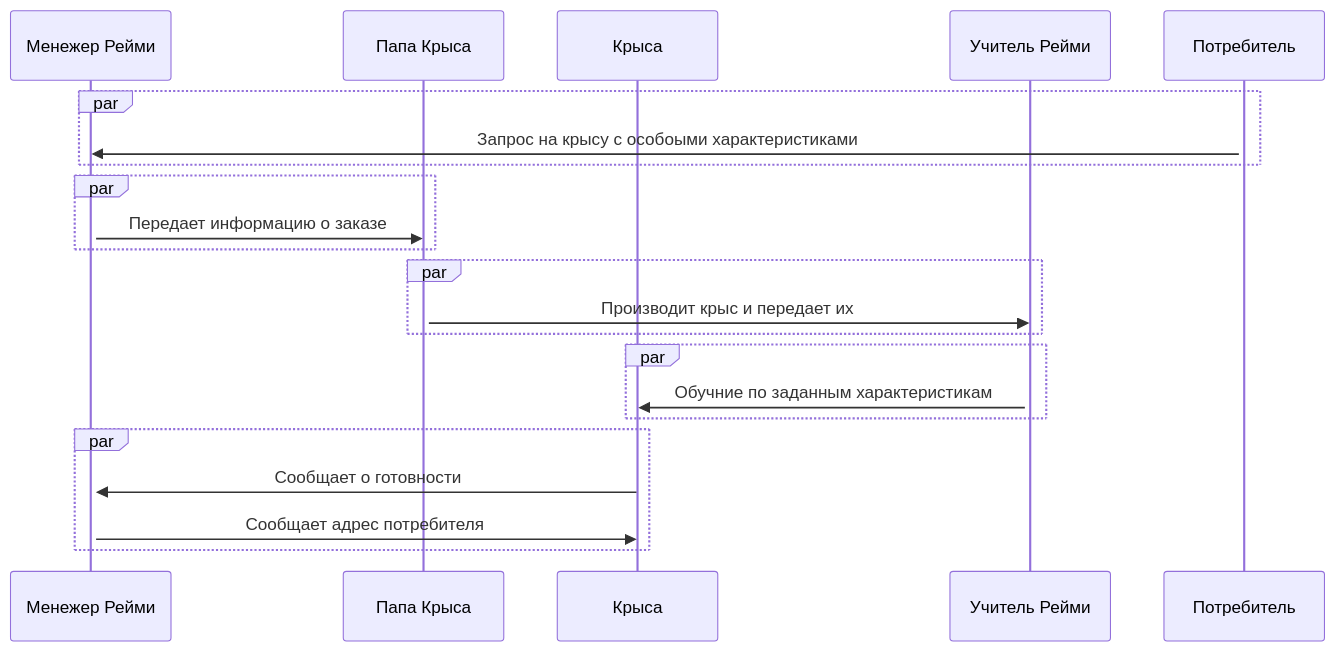
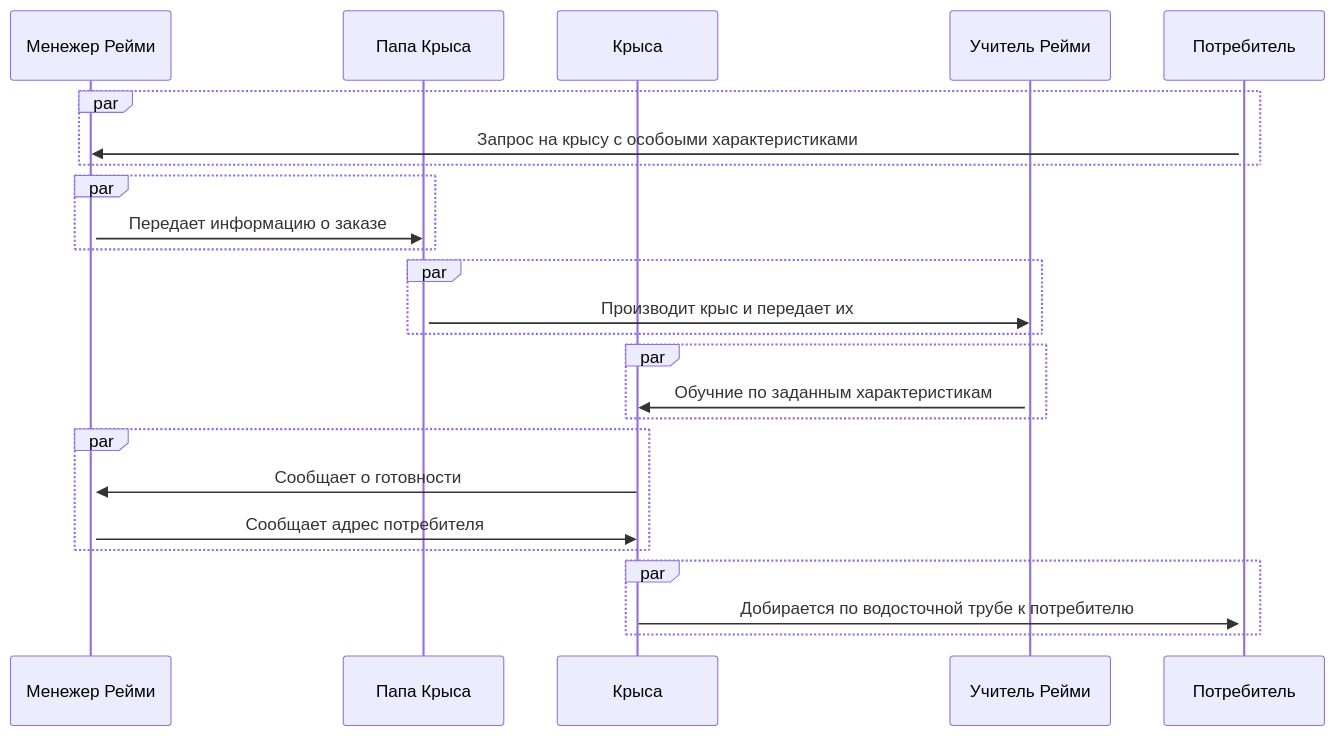
The diagram in README.md (VegaMethadone/Software-engineering-), drawn with Mermaid before and after one commit.

````diff
--- a/README.md
+++ b/README.md
@@ -13,31 +13,34 @@
 ```mermaid
 sequenceDiagram
     participant МР as Менежер Рейми
     participant ПК as Папа Крыса
     participant К as Крыса
     participant Р as Учитель Рейми
     participant П as Потребитель
     activate П
     par
         П->>МР: Запрос на крысу с особоыми характеристиками 
     end
     activate МР
     par
         МР->>ПК:Передает информацию о заказе
     end
     activate ПК
     par
         ПК->>Р: Производит крыс и передает их
     end
     activate Р
     par 
         Р->>К:Обучние по заданным характеристикам
     end
     par
         К->>МР:Сообщает о готовности 
         МР->>К:Сообщает адрес потребителя
     end
+    par
+        К->>П: Добирается по водосточной трубе к потребителю
+    end
     
     
     
 ```
````
